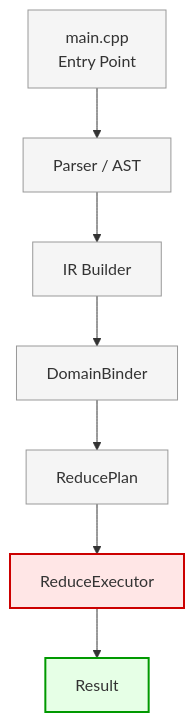
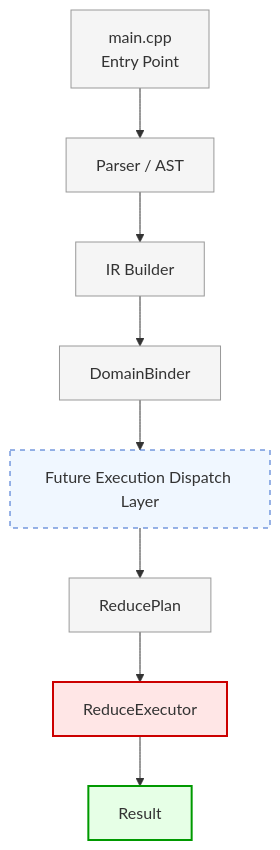
Before and after one commit to infinity-omega-lab/tensor-logic-runtime: the diagram in docs/diagram/TL Runtime Execution Flow.md, drawn with Mermaid. The commit also changed 1 other file, not shown here.

Commit message:
Add files via upload
ファイルのアップデート。

````diff
--- a/docs/diagram/TL Runtime Execution Flow.md
+++ b/docs/diagram/TL Runtime Execution Flow.md
@@ -1,19 +1,23 @@
 ```mermaid
 flowchart TD
     A[main.cpp<br/>Entry Point] --> B[Parser / AST]
     B --> C[IR Builder]
     C --> D[DomainBinder]
-    D --> E[ReducePlan]
+    D --> X[Future Execution Dispatch Layer]
+    X --> E[ReducePlan]
     E --> F[ReduceExecutor]
     F --> G[Result]
 
+    %% styling
     style A fill:#f5f5f5,stroke:#999
     style B fill:#f5f5f5,stroke:#999
     style C fill:#f5f5f5,stroke:#999
     style D fill:#f5f5f5,stroke:#999
     style E fill:#f5f5f5,stroke:#999
 
+    style X fill:#f0f7ff,stroke:#3366cc,stroke-dasharray:5 5
     style F fill:#ffe6e6,stroke:#cc0000,stroke-width:2px
     style G fill:#e6ffe6,stroke:#009900,stroke-width:2px
 
+
 ```
````
